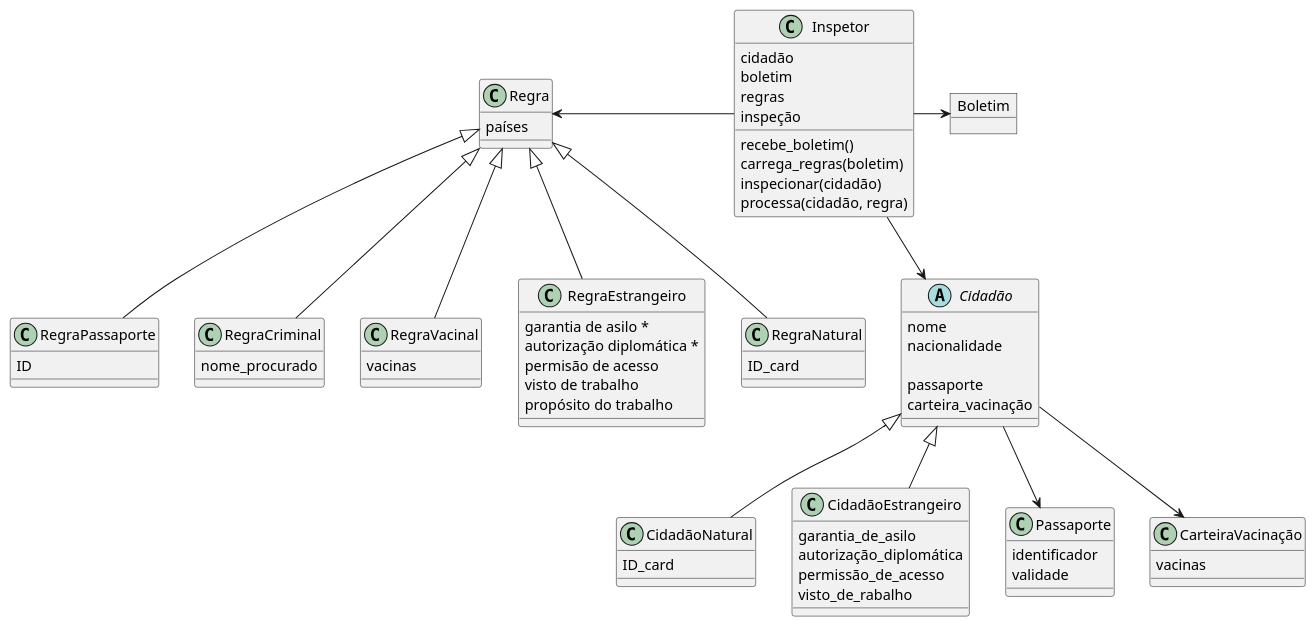
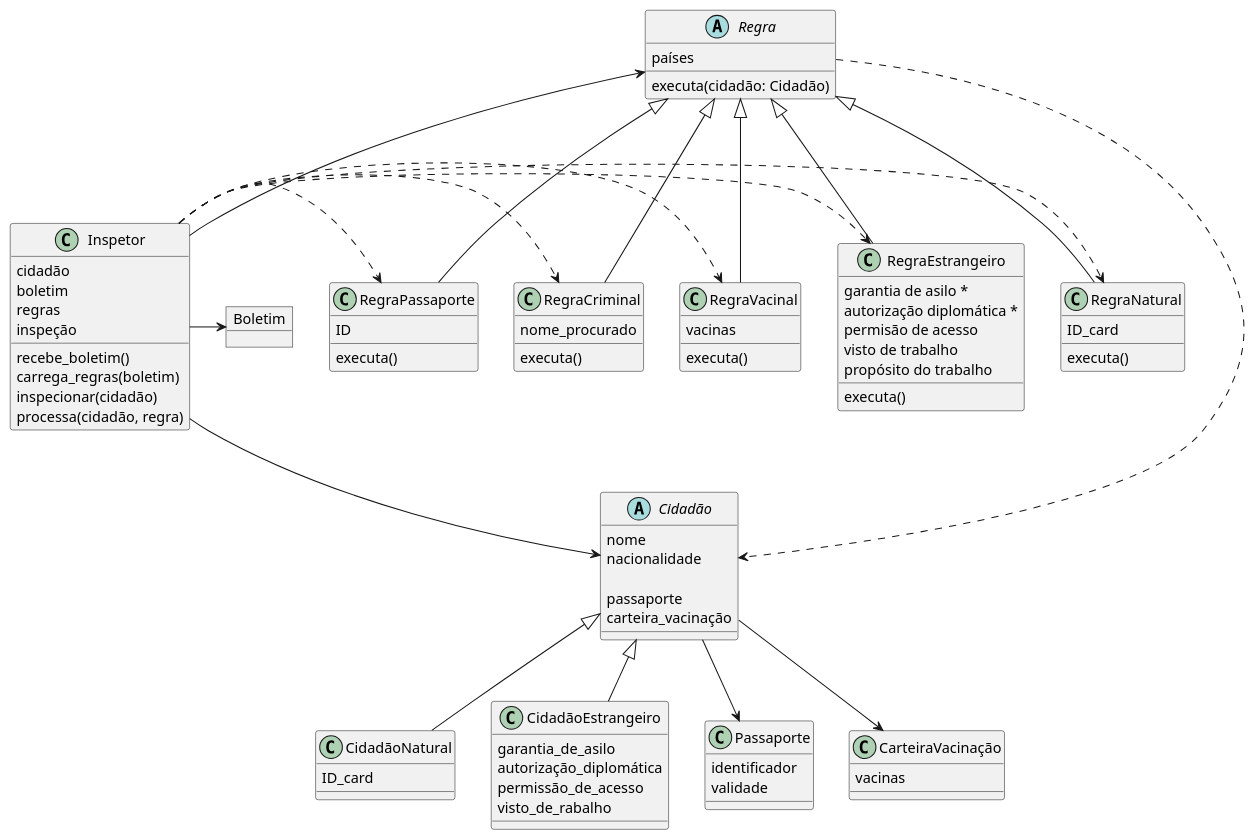
Before and after one commit to ralphribeiro/papers_please: the diagram in scketch.pu, drawn with PlantUML.

```diff
--- a/scketch.pu
+++ b/scketch.pu
@@ -1,88 +1,102 @@
 @startuml
 
 abstract Cidadão{
     nome
     nacionalidade
 
     passaporte
     carteira_vacinação
 }
 
 class CidadãoNatural{
     ID_card
 }
 
 class CidadãoEstrangeiro{
     garantia_de_asilo
     autorização_diplomática
     permissão_de_acesso
     visto_de_rabalho
 }
 
 class Passaporte{
     identificador
     validade
 }
 
 object Boletim
 
 class Inspetor{
     cidadão
     boletim
     regras
     inspeção
     recebe_boletim()
     carrega_regras(boletim)
     inspecionar(cidadão)
     processa(cidadão, regra)
 
 }
 
-class Regra{
+abstract Regra{    
     países
+    executa(cidadão: Cidadão)
 }
 
 
 class RegraPassaporte{
-    ID    
+    ID
+    executa()
 }
 class RegraCriminal{
     nome_procurado
+    executa()
 }
 class RegraVacinal{
     vacinas
+    executa()
 }
 class RegraEstrangeiro{
     garantia de asilo *
     autorização diplomática *
     permisão de acesso
     visto de trabalho
     propósito do trabalho
+    executa()
 }
 class RegraNatural{
     ID_card
+    executa()
 }
 
 class CarteiraVacinação{
     vacinas
 }
 
 Cidadão <|-- CidadãoEstrangeiro
 Cidadão <|-- CidadãoNatural
 
-Regra <|-- RegraPassaporte
-Regra <|-- RegraCriminal
-Regra <|-- RegraVacinal
-Regra <|-- RegraEstrangeiro
-Regra <|-- RegraNatural
+Regra ..> Cidadão
+
+Regra <|--- RegraPassaporte
+Regra <|--- RegraCriminal
+Regra <|--- RegraVacinal
+Regra <|--- RegraEstrangeiro
+Regra <|--- RegraNatural
 
 Regra <- Inspetor
 
 Inspetor -> Boletim
 Inspetor --> Cidadão
 
+Inspetor .> RegraPassaporte
+Inspetor .> RegraCriminal
+Inspetor .> RegraVacinal
+Inspetor .> RegraEstrangeiro
+Inspetor .> RegraNatural
+
 Cidadão --> Passaporte
 Cidadão --> CarteiraVacinação
 
 
 @enduml
```
